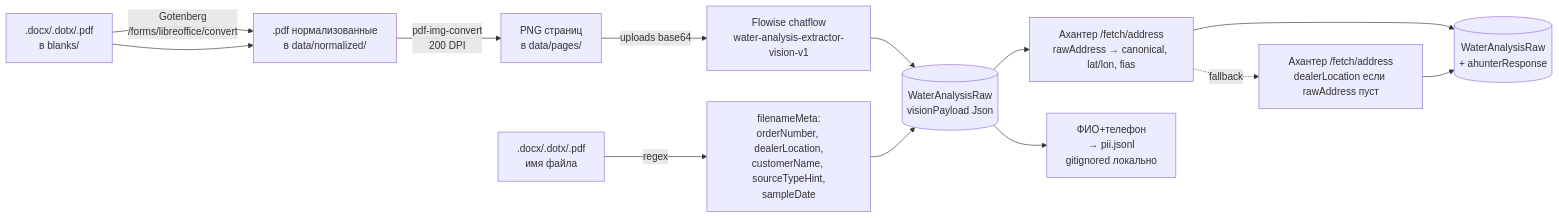
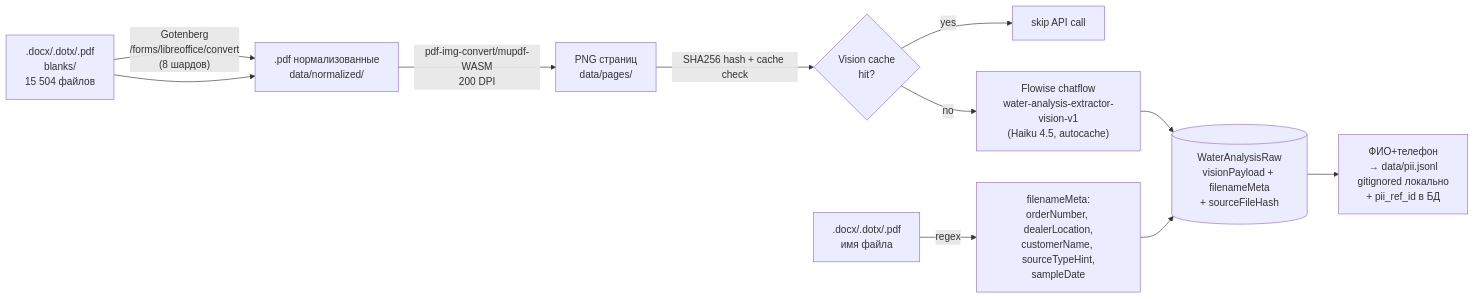
Before and after one commit to Pelmenya/slovo: the first of 2 diagrams in docs/features/water-analysis.md, drawn with Mermaid. The commit also changed other lines of this file, not shown here.

First line of the commit message:
water-analysis: полный амендмент основного документа фичи

````diff
--- a/docs/features/water-analysis.md
+++ b/docs/features/water-analysis.md
@@ -58,15 +61,13 @@
 ```mermaid
 flowchart LR
-    F[".docx/.dotx/.pdf<br/>в blanks/"] -->|Gotenberg<br/>/forms/libreoffice/convert| P[".pdf нормализованные<br/>в data/normalized/"]
+    F[".docx/.dotx/.pdf<br/>blanks/<br/>15 504 файлов"] -->|"Gotenberg<br/>/forms/libreoffice/convert<br/>(8 шардов)"| P[".pdf нормализованные<br/>data/normalized/"]
     F --> P
-    P -->|pdf-img-convert<br/>200 DPI| I[PNG страниц<br/>в data/pages/]
-    I -->|uploads base64| FW["Flowise chatflow<br/>water-analysis-extractor-vision-v1"]
+    P -->|"pdf-img-convert/mupdf-WASM<br/>200 DPI"| I[PNG страниц<br/>data/pages/]
+    I -->|"SHA256 hash + cache check"| CACHE{Vision cache<br/>hit?}
+    CACHE -- yes --> SKIP[skip API call]
+    CACHE -- no --> FW["Flowise chatflow<br/>water-analysis-extractor-vision-v1<br/>(Haiku 4.5, autocache)"]
     FN[".docx/.dotx/.pdf<br/>имя файла"] -->|regex| FM[filenameMeta:<br/>orderNumber, dealerLocation,<br/>customerName, sourceTypeHint,<br/>sampleDate]
-    FW --> RW[(WaterAnalysisRaw<br/>visionPayload Json)]
+    FW --> RW[(WaterAnalysisRaw<br/>visionPayload + filenameMeta<br/>+ sourceFileHash)]
     FM --> RW
-    RW --> AG[Ахантер /fetch/address<br/>rawAddress → canonical, lat/lon, fias]
-    AG -.fallback.-> AGD[Ахантер /fetch/address<br/>dealerLocation если rawAddress пуст]
-    AG --> RWUPD[(WaterAnalysisRaw<br/>+ ahunterResponse)]
-    AGD --> RWUPD
-    RW --> PII[ФИО+телефон<br/>→ pii.jsonl<br/>gitignored локально]
+    RW --> PII[ФИО+телефон<br/>→ data/pii.jsonl<br/>gitignored локально<br/>+ pii_ref_id в БД]
 ```
````
